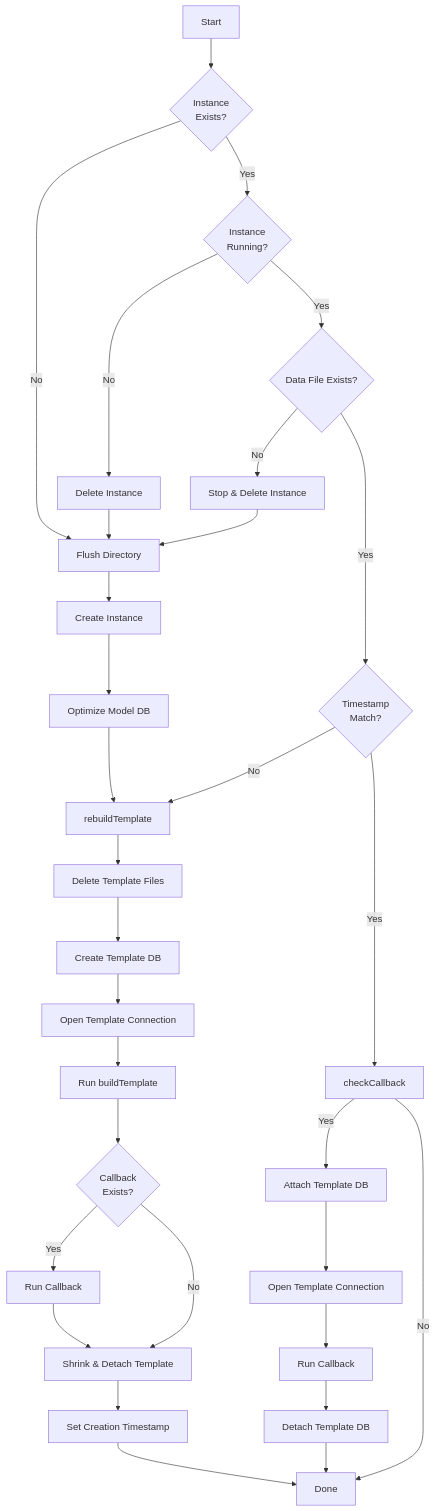
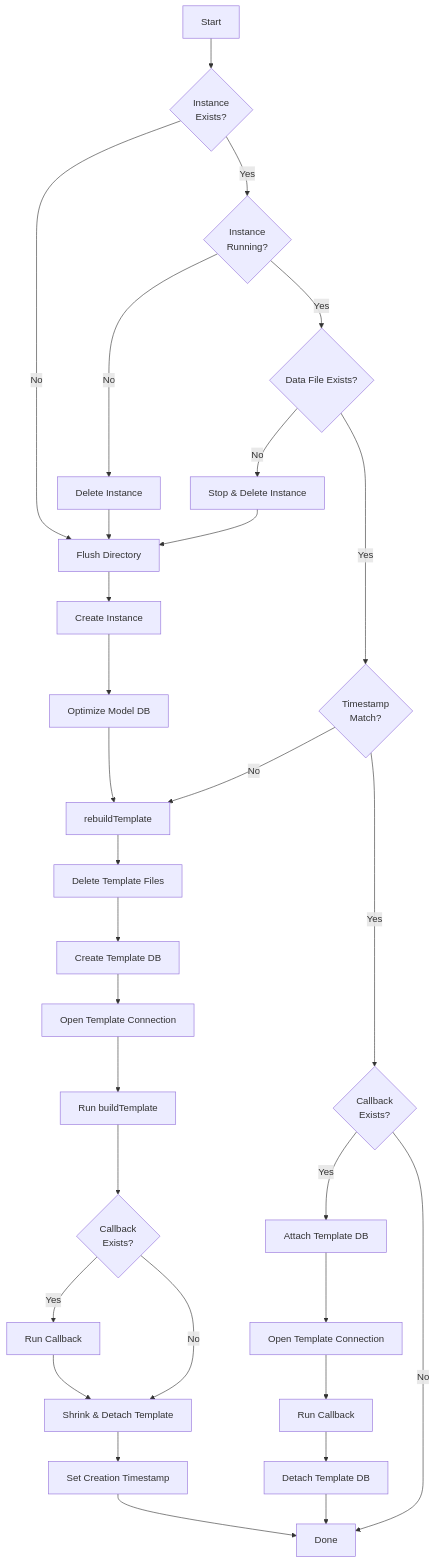
One commit to SimonCropp/LocalDb changed the second of 5 diagrams in docs/mdsource/workflow.md. Above: the diagram before and after it, drawn with Mermaid.

````diff
--- a/docs/mdsource/workflow.md
+++ b/docs/mdsource/workflow.md
@@ -45,42 +45,68 @@
 ```mermaid
 flowchart TD
-    start[Start] --> checkExists{Instance<br>Exists?}
 
-    checkExists -->|No| flushDir[Flush Directory]
-    checkExists -->|Yes| checkRunning{Instance<br>Running?}
+    start[Start]
+    deleteFiles[Delete Template Files]
+    flushDir[Flush Directory]
+    createInstance[Create Instance]
+    checkExists{Instance<br>Exists?}
+    checkRunning{Instance<br>Running?}
+    deleteInstance[Delete Instance]
+    optimizeModel[Optimize Model DB]
+    checkTimestamp{Timestamp<br>Match?}
+    checkCallback{Callback<br>Exists?}
+    stopAndDelete[Stop & Delete Instance]
+    checkDataFile{Data File Exists?}
+    openTemplateConn[Open Template Connection]
+    createTemplateDb[Create Template DB]
+    runBuildTemplate[Run buildTemplate]
+    checkCallbackAfterBuild{Callback<br>Exists?}
+    runCallbackAfterBuild[Run Callback]
+    detachShrink[Shrink & Detach Template]
+    setTimestamp[Set Creation Timestamp]
+    attachTemplate[Attach Template DB]
+    openForCallback[Open Template Connection]
+    runCallback[Run Callback]
+    detachTemplate[Detach Template DB]
+    done[Done]
 
-    checkRunning -->|No| deleteInstance[Delete Instance]
+    start --> checkExists
+
+    checkExists -->|No| flushDir
+    checkExists -->|Yes| checkRunning
+
+    checkRunning -->|No| deleteInstance
     deleteInstance --> flushDir
 
-    checkRunning -->|Yes| checkDataFile{Data File Exists?}
+    checkRunning -->|Yes| checkDataFile
 
-    checkDataFile -->|No| stopAndDelete[Stop & Delete Instance]
+    checkDataFile -->|No| stopAndDelete
     stopAndDelete --> flushDir
 
-    checkDataFile -->|Yes| checkTimestamp{Timestamp<br>Match?}
+    checkDataFile -->|Yes| checkTimestamp
 
     checkTimestamp -->|No| rebuildTemplate
 
     checkTimestamp -->|Yes| checkCallback
-    flushDir --> createInstance[Create Instance]
-    createInstance --> optimizeModel[Optimize Model DB]
+    flushDir --> createInstance
+    createInstance --> optimizeModel
     optimizeModel --> rebuildTemplate
-    rebuildTemplate --> deleteFiles[Delete Template Files]
-    deleteFiles --> createTemplateDb[Create Template DB]
-    createTemplateDb --> openTemplateConn[Open Template Connection]
-    openTemplateConn --> runBuildTemplate[Run buildTemplate]
-    runBuildTemplate --> checkCallbackAfterBuild{Callback<br>Exists?}
-    checkCallbackAfterBuild -->|Yes| runCallbackAfterBuild[Run Callback]
-    checkCallbackAfterBuild -->|No| detachShrink[Shrink & Detach Template]
+    rebuildTemplate --> deleteFiles
+    deleteFiles --> createTemplateDb
+    createTemplateDb --> openTemplateConn
+    openTemplateConn --> runBuildTemplate
+    runBuildTemplate --> checkCallbackAfterBuild
+    checkCallbackAfterBuild -->|Yes| runCallbackAfterBuild
+    checkCallbackAfterBuild -->|No| detachShrink
     runCallbackAfterBuild --> detachShrink
-    detachShrink --> setTimestamp[Set Creation Timestamp]
+    detachShrink --> setTimestamp
 
-    checkCallback -->|Yes| attachTemplate[Attach Template DB]
-    attachTemplate --> openForCallback[Open Template Connection]
-    openForCallback --> runCallback[Run Callback]
-    runCallback --> detachTemplate[Detach Template DB]
+    checkCallback -->|Yes| attachTemplate
+    attachTemplate --> openForCallback
+    openForCallback --> runCallback
+    runCallback --> detachTemplate
 
-    checkCallback -->|No| done[Done]
+    checkCallback -->|No| done
     detachTemplate --> done
     setTimestamp --> done
 ```
````
